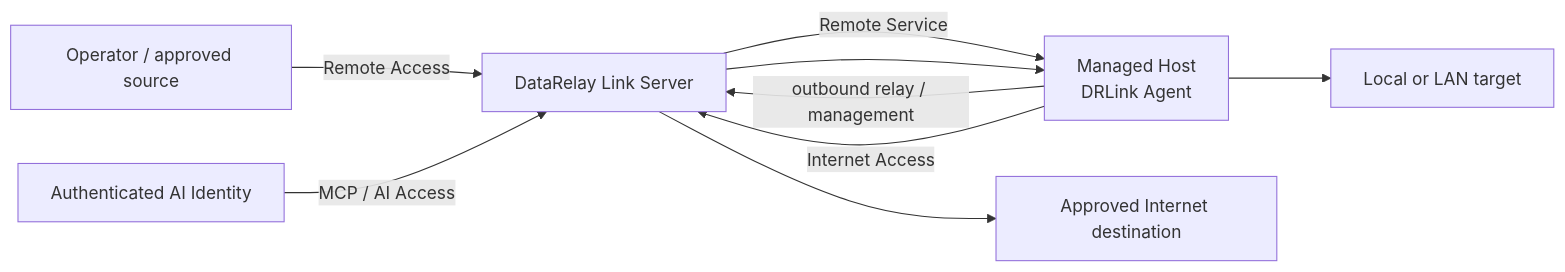
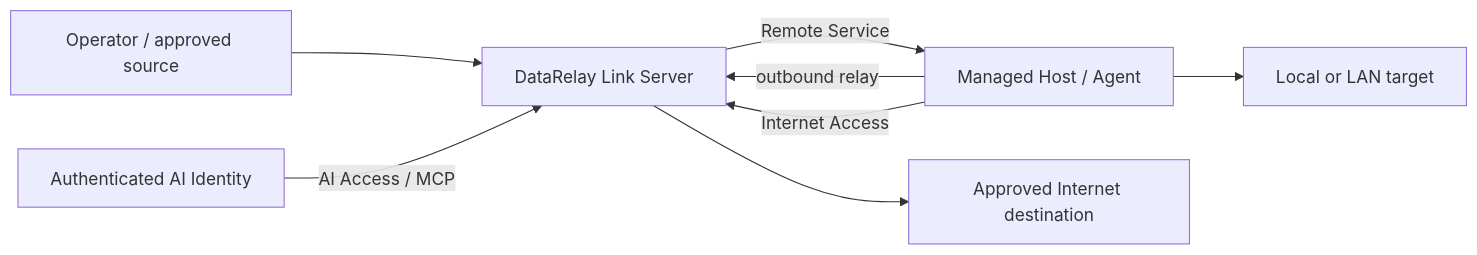
The diagram in index.mdx (datarelay-labs/datarelay-link-docs), drawn with Mermaid before and after one commit. The commit also changed other lines of this file, not shown here.

Commit message:
docs: simplify DataRelay Link homepage

````diff
--- a/index.mdx
+++ b/index.mdx
@@ -28,18 +24,10 @@
 ```mermaid
 flowchart LR
-    O[Operator / approved source]
-    S[DataRelay Link Server]
-    A[Managed Host<br/>DRLink Agent]
-    T[Local or LAN target]
-    I[Approved Internet destination]
-    AI[Authenticated AI Identity]
-
-    A -->|outbound relay / management| S
-    O -->|Remote Access| S
+    O[Operator / approved source] --> S[DataRelay Link Server]
+    A[Managed Host / Agent] -->|outbound relay| S
     S -->|Remote Service| A
-    A --> T
+    A --> T[Local or LAN target]
     A -->|Internet Access| S
-    S --> I
-    AI -->|MCP / AI Access| S
-    S --> A
+    S --> I[Approved Internet destination]
+    AI[Authenticated AI Identity] -->|AI Access / MCP| S
 ```
````
